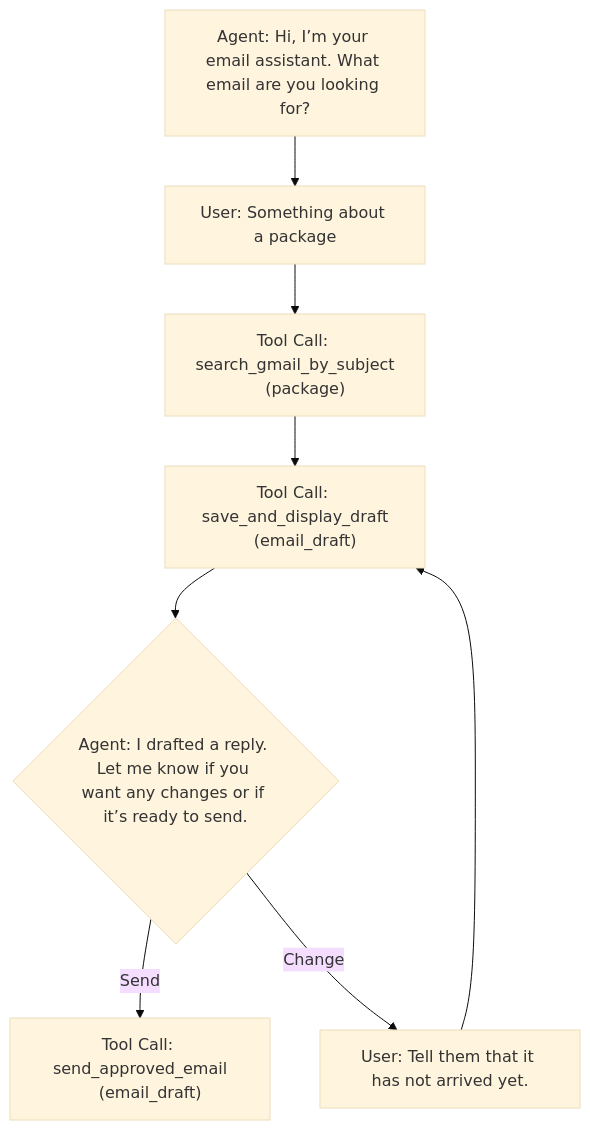
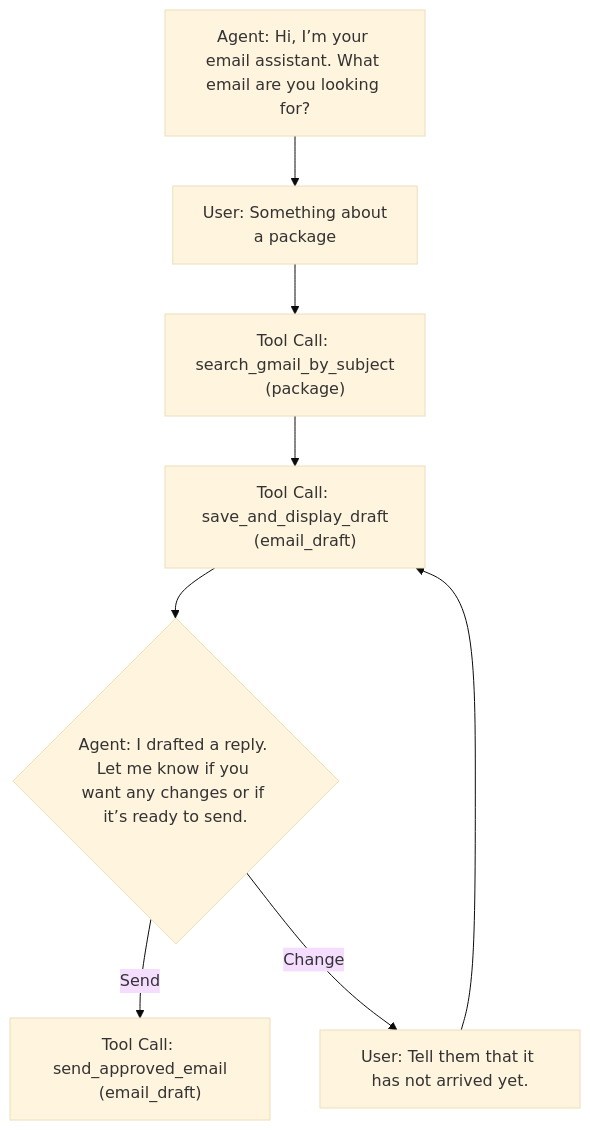
One commit to BoratBorat10/Email_Response_Agent changed the diagram in README.md. Above: the diagram before and after it, drawn with Mermaid (base theme).

Commit message:
Update README.md to improve flowchart formatting

````diff
--- a/README.md
+++ b/README.md
@@ -191,16 +191,17 @@
 ```mermaid
 flowchart TD;
-    A["Agent: Hi, I’m your email assistant. What email are you looking for?"] --> B["User: Something about a package"]
+    A["Agent: Hi, I’m your email assistant. What email are you looking for?"] --> B["User: Something about
+     a package"]
     B --> C["Tool Call: search_gmail_by_subject
     (package)"]
     C --> D["Tool Call: save_and_display_draft
     (email_draft)"]
 
     D --> E{"Agent: I drafted a reply. Let me know if you want any changes or if it’s ready to send."}
 
     E -->|Send| F["Tool Call: send_approved_email
     (email_draft)"]
     E -->|Change| G["User: Tell them that it has not arrived yet."]
 
     G --> D
 ```
````
